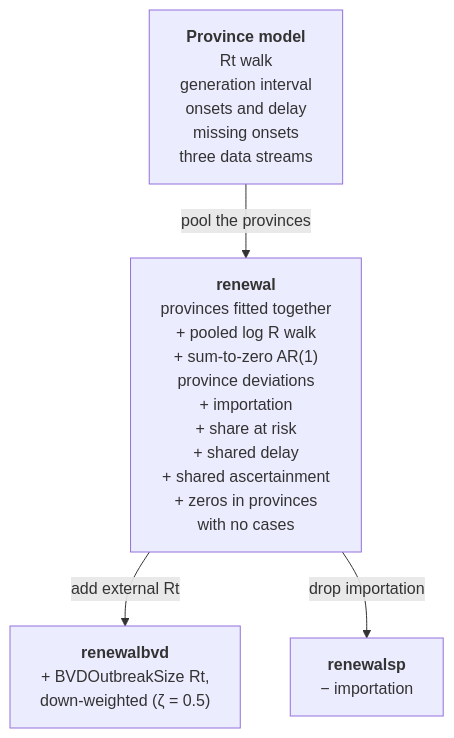
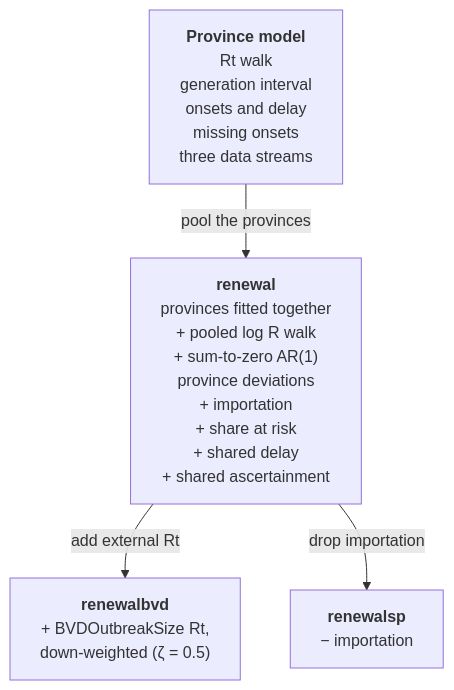
One commit to seabbs/BDBVHubRenewal changed the first of 4 diagrams in docs/methods/model.md. Above: the diagram before and after it, drawn with Mermaid. The commit also changed other lines of this file and 5 other files, not shown here.

````diff
--- a/docs/methods/model.md
+++ b/docs/methods/model.md
@@ -18,11 +18,11 @@
 ```mermaid
 flowchart TD
     PM["<b>Province model</b><br/>Rt walk<br/>generation interval<br/>onsets and delay<br/>missing onsets<br/>three data streams"]
-    RN["<b>renewal</b><br/>provinces fitted together<br/>+ pooled log R walk<br/>+ sum-to-zero AR(1)<br/>province deviations<br/>+ importation<br/>+ share at risk<br/>+ shared delay<br/>+ shared ascertainment<br/>+ zeros in provinces<br/>with no cases"]
+    RN["<b>renewal</b><br/>provinces fitted together<br/>+ pooled log R walk<br/>+ sum-to-zero AR(1)<br/>province deviations<br/>+ importation<br/>+ share at risk<br/>+ shared delay<br/>+ shared ascertainment"]
     BV["<b>renewalbvd</b><br/>+ BVDOutbreakSize Rt,<br/>down-weighted (ζ = 0.5)"]
     SP["<b>renewalsp</b><br/>− importation"]
 
     PM -- "pool the provinces" --> RN
     RN -- "add external Rt" --> BV
     RN -- "drop importation" --> SP
 ```
````
